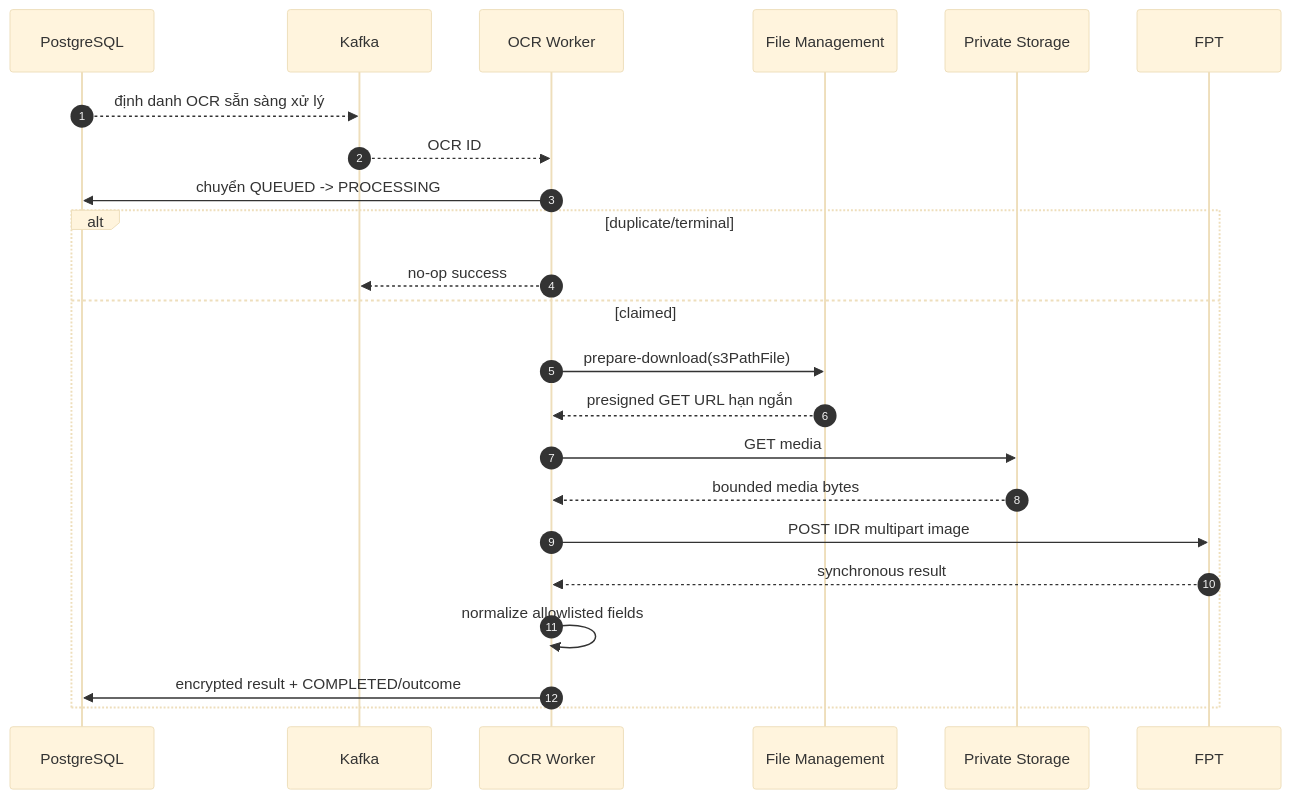
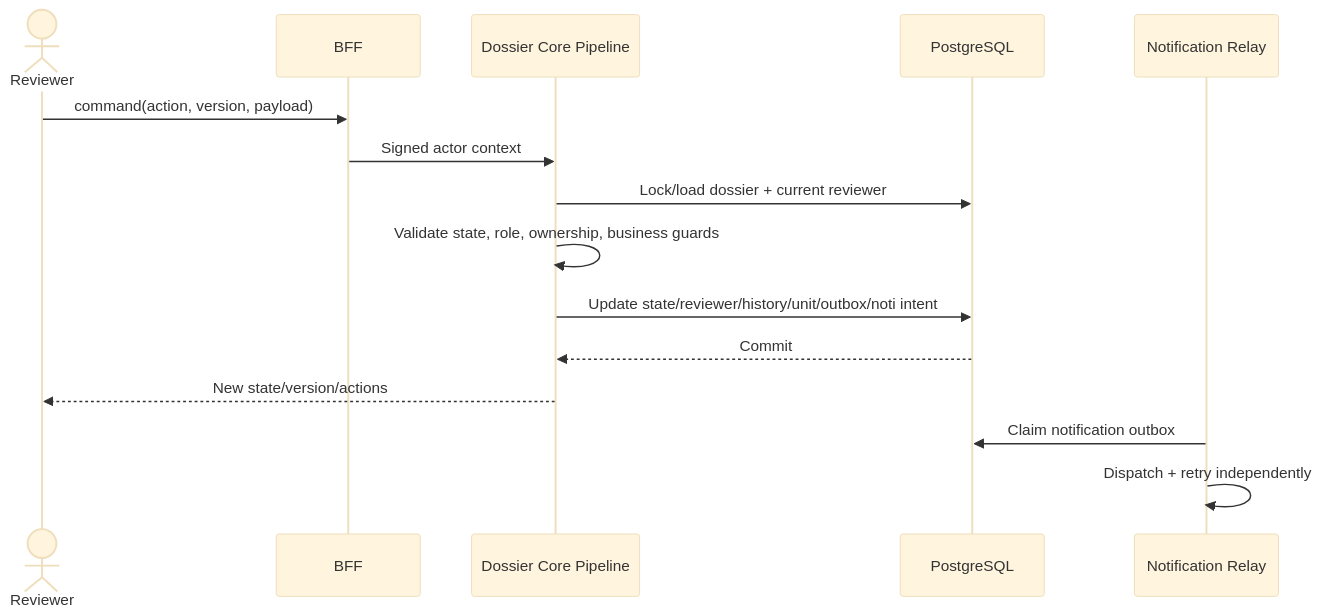
One commit to huynv-xyz/vhm changed the sixth of 8 diagrams in tdd-dossier.md. Above: the diagram before and after it, drawn with Mermaid (base theme). The commit also changed other lines of this file, not shown here.

````diff
--- a/tdd-dossier.md
+++ b/tdd-dossier.md
@@ -1129,26 +613,18 @@
 ```mermaid
 sequenceDiagram
-    autonumber
+    actor R as Reviewer
+    participant A as BFF
+    participant C as Dossier Core Pipeline
     participant D as PostgreSQL
-    participant K as Kafka
-    participant W as OCR Worker
-    participant F as File Management
-    participant S as Private Storage
-    participant P as FPT
+    participant N as Notification Relay
 
-    D-->>K: định danh OCR sẵn sàng xử lý
-    K-->>W: OCR ID
-    W->>D: chuyển QUEUED -> PROCESSING
-    alt duplicate/terminal
-        W-->>K: no-op success
-    else claimed
-        W->>F: prepare-download(s3PathFile)
-        F-->>W: presigned GET URL hạn ngắn
-        W->>S: GET media
-        S-->>W: bounded media bytes
-        W->>P: POST IDR multipart image
-        P-->>W: synchronous result
-        W->>W: normalize allowlisted fields
-        W->>D: encrypted result + COMPLETED/outcome
-    end
+    R->>A: command(action, version, payload)
+    A->>C: Signed actor context
+    C->>D: Lock/load dossier + current reviewer
+    C->>C: Validate state, role, ownership, business guards
+    C->>D: Update state/reviewer/history/unit/outbox/noti intent
+    D-->>C: Commit
+    C-->>R: New state/version/actions
+    N->>D: Claim notification outbox
+    N->>N: Dispatch + retry independently
 ```
````
